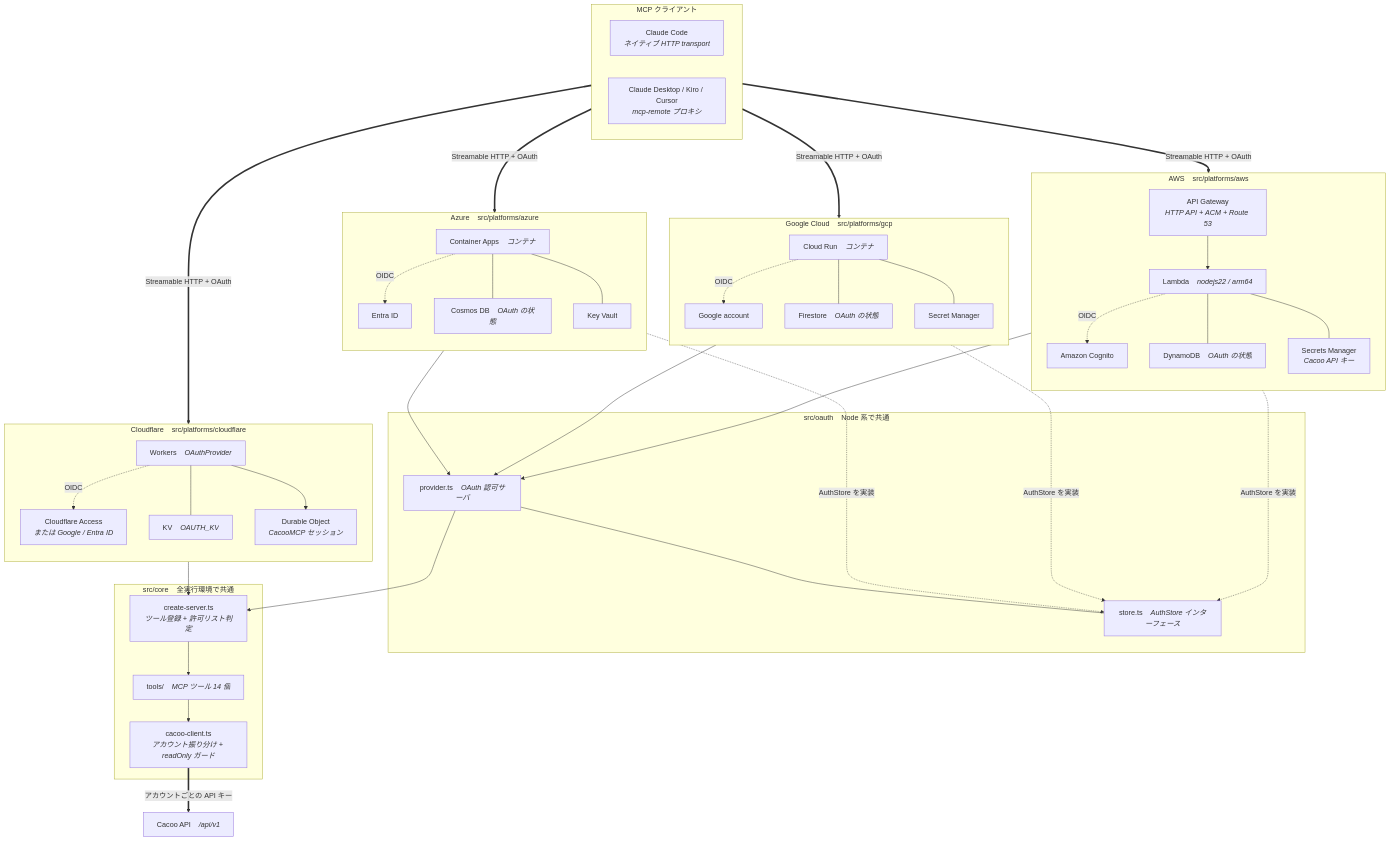
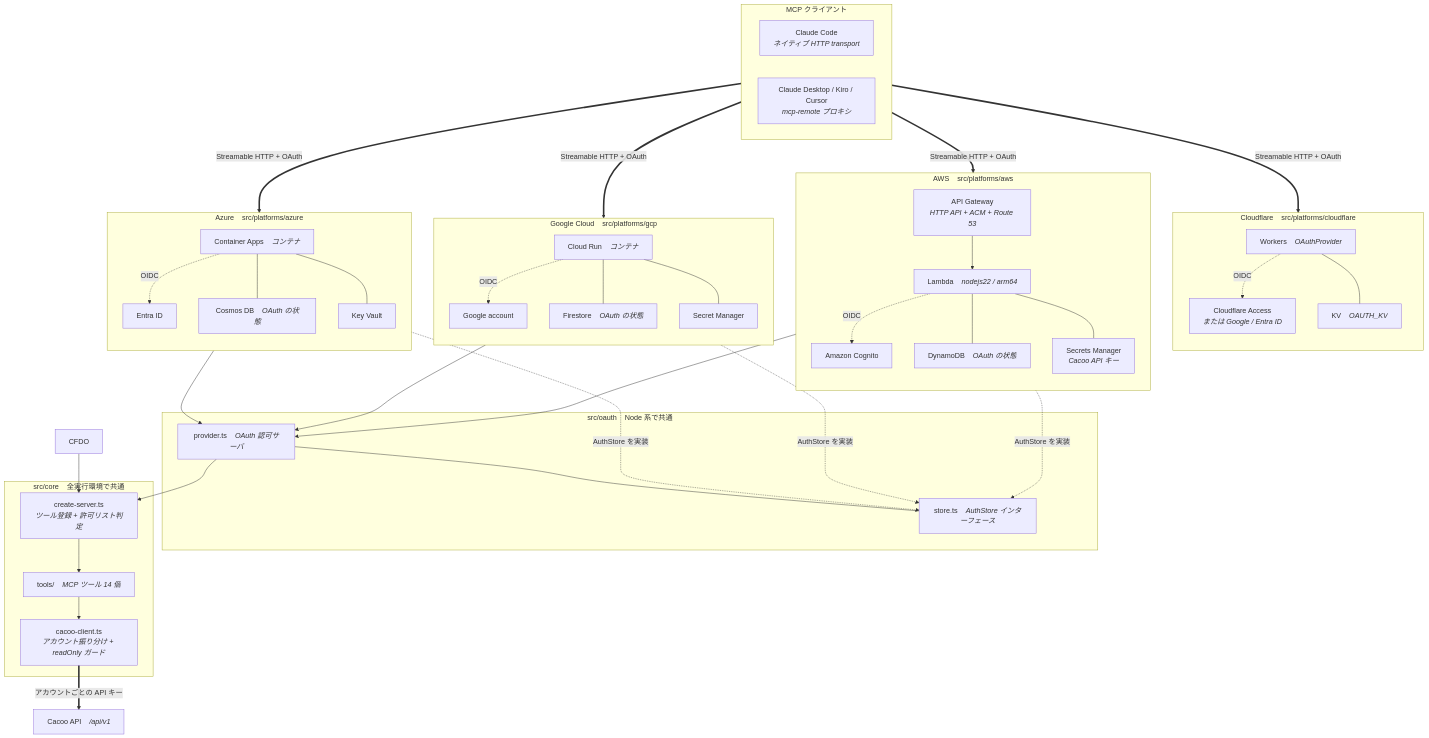
The first of 2 diagrams in README_ja.md (midnight480/cacoo-remote-mcp-server), drawn with Mermaid before and after one commit. The commit also changed other lines of this file and 17 other files, not shown here.

```diff
--- a/README_ja.md
+++ b/README_ja.md
@@ -57,10 +58,8 @@
         CFW["Workers &nbsp;&nbsp; <i>OAuthProvider</i>"]
         CFA["Cloudflare Access<br/><i>または Google / Entra ID</i>"]
         CFKV["KV &nbsp;&nbsp; <i>OAUTH_KV</i>"]
-        CFDO["Durable Object<br/><i>CacooMCP セッション</i>"]
         CFW -. "OIDC" .-> CFA
         CFW --- CFKV
-        CFW --> CFDO
     end
 
     subgraph aws["AWS &nbsp;&nbsp; src/platforms/aws"]
```
